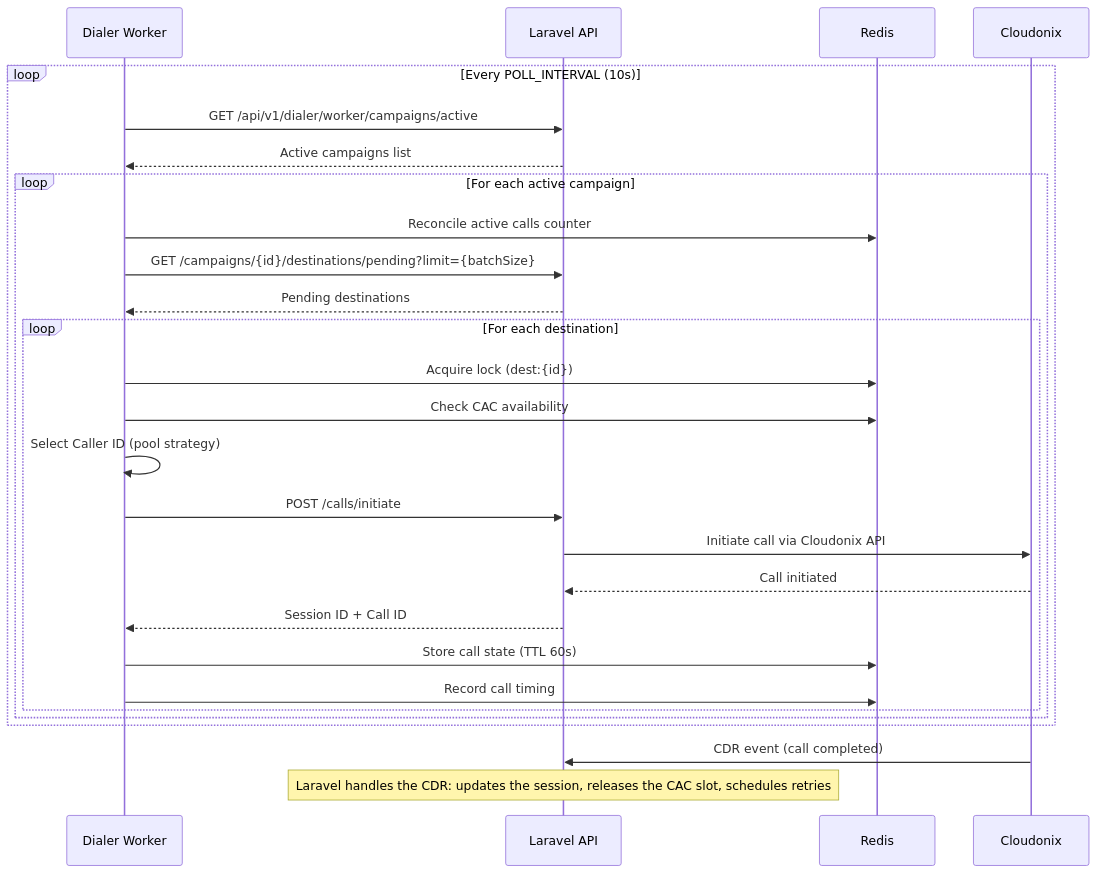
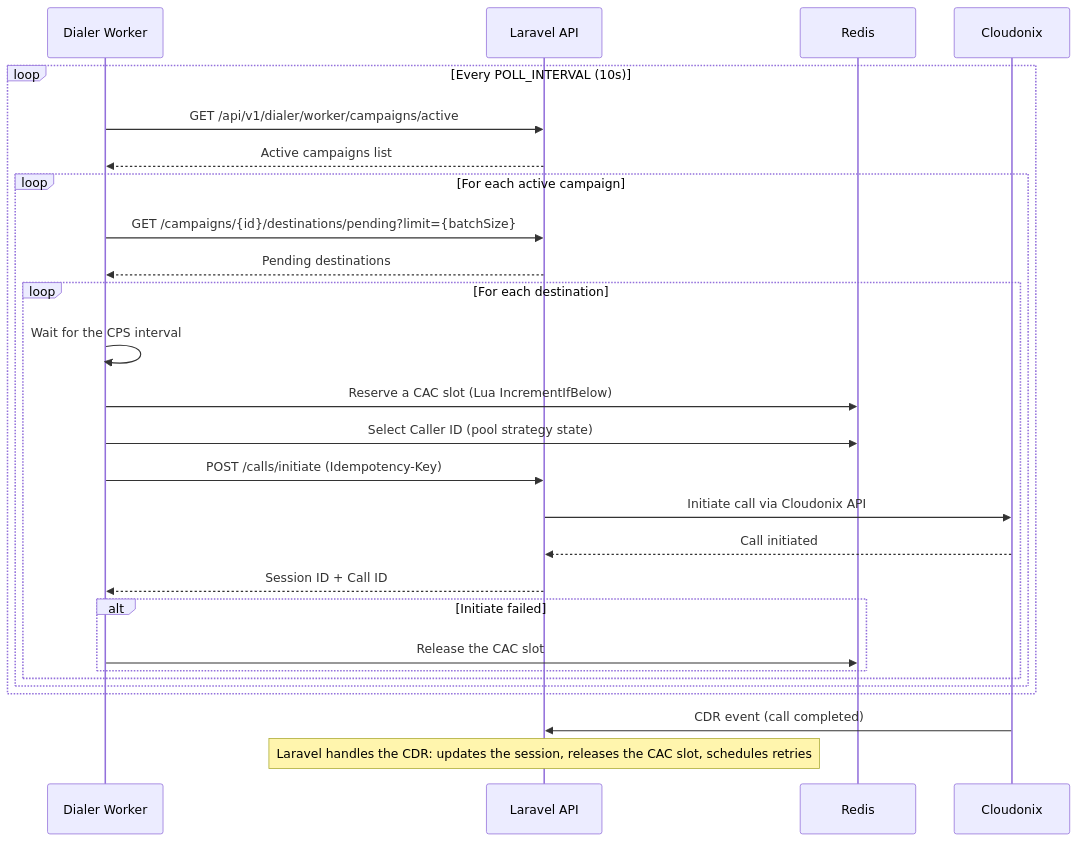
One commit to greenfieldtech-nirs/opbx changed the second of 2 diagrams in dialer-worker/README.md. Above: the diagram before and after it, drawn with Mermaid. The commit also changed other lines of this file and 9 other files, not shown here.

````diff
--- a/dialer-worker/README.md
+++ b/dialer-worker/README.md
@@ -193,33 +198,33 @@
 ```mermaid
 sequenceDiagram
     participant W as Dialer Worker
     participant L as Laravel API
     participant R as Redis
     participant C as Cloudonix
 
     loop Every POLL_INTERVAL (10s)
         W->>L: GET /api/v1/dialer/worker/campaigns/active
         L-->>W: Active campaigns list
 
         loop For each active campaign
-            W->>R: Reconcile active calls counter
             W->>L: GET /campaigns/{id}/destinations/pending?limit={batchSize}
             L-->>W: Pending destinations
 
             loop For each destination
-                W->>R: Acquire lock (dest:{id})
-                W->>R: Check CAC availability
-                W->>W: Select Caller ID (pool strategy)
-                W->>L: POST /calls/initiate
+                W->>W: Wait for the CPS interval
+                W->>R: Reserve a CAC slot (Lua IncrementIfBelow)
+                W->>R: Select Caller ID (pool strategy state)
+                W->>L: POST /calls/initiate (Idempotency-Key)
                 L->>C: Initiate call via Cloudonix API
                 C-->>L: Call initiated
                 L-->>W: Session ID + Call ID
-                W->>R: Store call state (TTL 60s)
-                W->>R: Record call timing
+                alt Initiate failed
+                    W->>R: Release the CAC slot
+                end
             end
         end
     end
 
     C->>L: CDR event (call completed)
     Note over L: Laravel handles the CDR: updates the session, releases the CAC slot, schedules retries
 ```
````
